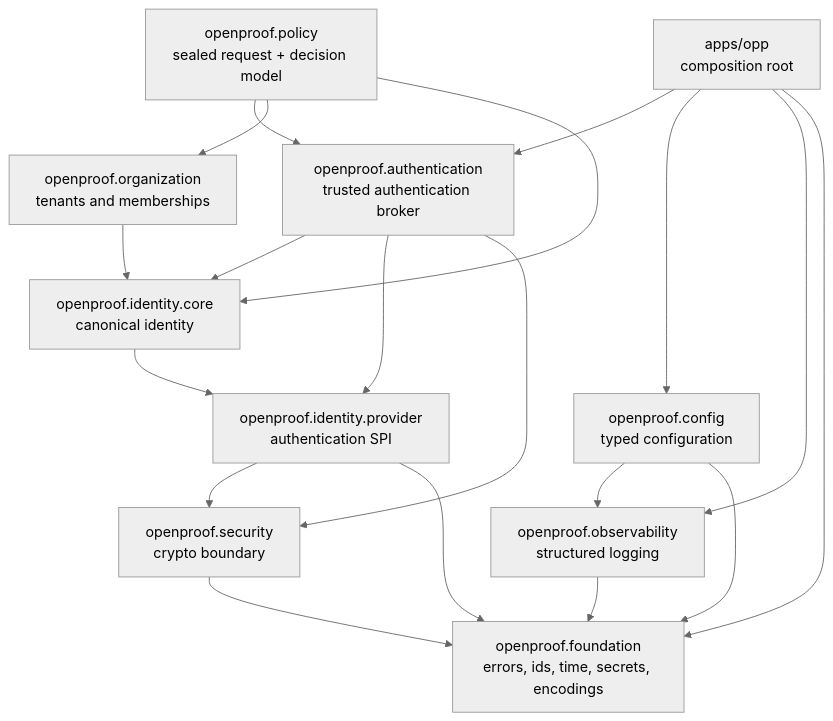
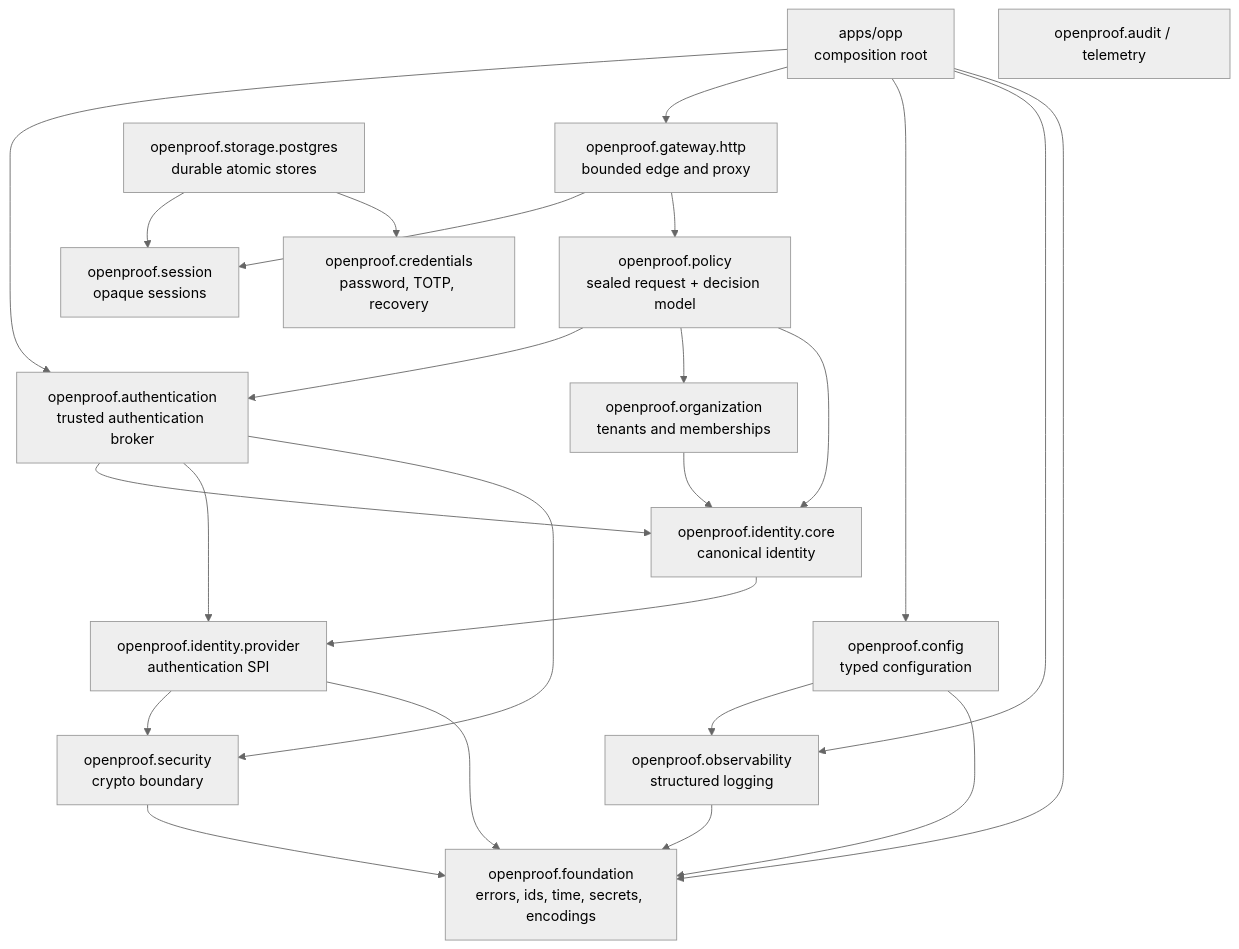
Before and after one commit to genyleap/openproof: the first of 2 diagrams in docs/01-ARCHITECTURE.md, drawn with Mermaid (neutral theme). The commit also changed other lines of this file and 63 other files, not shown here.

````diff
--- a/docs/01-ARCHITECTURE.md
+++ b/docs/01-ARCHITECTURE.md
@@ -16,34 +16,44 @@
 ```mermaid
 graph TD
     opp["apps/opp<br/>composition root"]
 
     auth["openproof.authentication<br/>trusted authentication broker"]
+    sess["openproof.session<br/>opaque sessions"]
+    cred["openproof.credentials<br/>password, TOTP, recovery"]
+    gw["openproof.gateway.http<br/>bounded edge and proxy"]
+    pg["openproof.storage.postgres<br/>durable atomic stores"]
+    audit["openproof.audit / telemetry"]
     idp["openproof.identity.provider<br/>authentication SPI"]
     core["openproof.identity.core<br/>canonical identity"]
     org["openproof.organization<br/>tenants and memberships"]
     policy["openproof.policy<br/>sealed request + decision model"]
     config["openproof.config<br/>typed configuration"]
     security["openproof.security<br/>crypto boundary"]
     obs["openproof.observability<br/>structured logging"]
     fnd["openproof.foundation<br/>errors, ids, time, secrets, encodings"]
 
     opp --> auth
+    opp --> gw
     opp --> config
     opp --> obs
     opp --> fnd
 
     policy --> auth
     policy --> org
     policy --> core
     org --> core
     core --> idp
     auth --> core
     auth --> idp
     auth --> security
+    gw --> sess
+    gw --> policy
+    pg --> sess
+    pg --> cred
     idp --> security
     idp --> fnd
     config --> obs
     config --> fnd
     security --> fnd
     obs --> fnd
 ```
````
